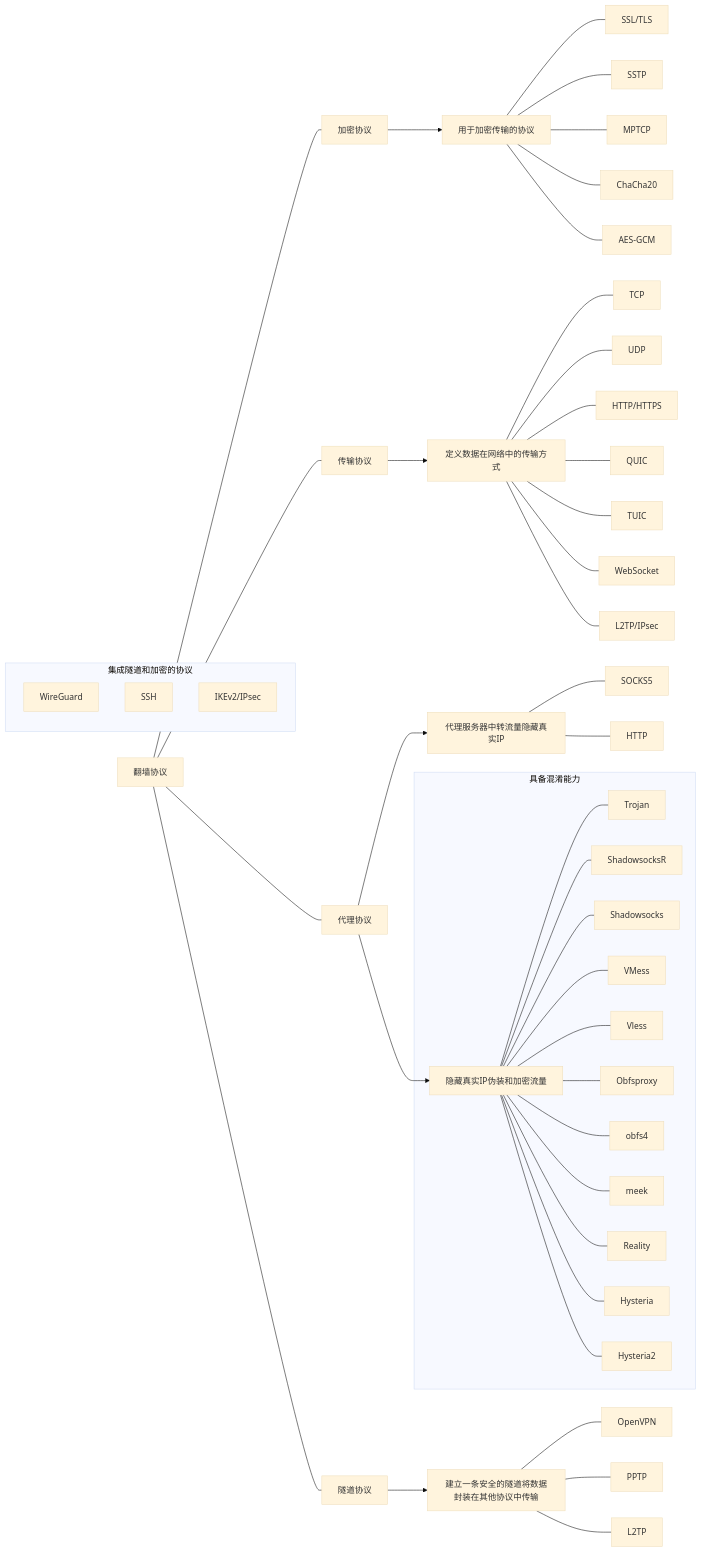
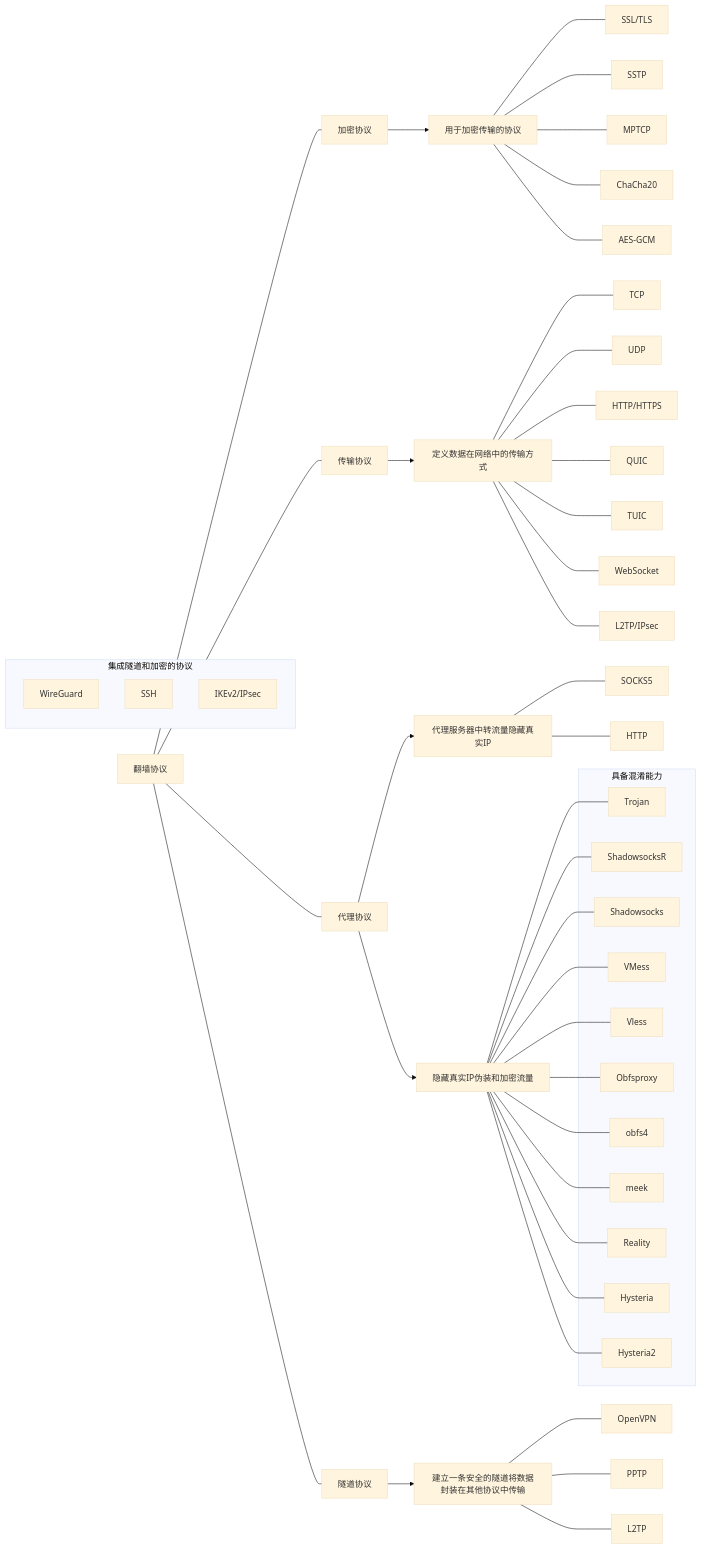
One commit to baib-web/flowershow changed the first of 3 diagrams in content/🛜科学上网/翻墙协议讲解.md. Above: the diagram before and after it, drawn with Mermaid (base theme).

Commit message:
Update content content/🛜科学上网/翻墙协议讲解.md

````diff
--- a/content/🛜科学上网/翻墙协议讲解.md
+++ b/content/🛜科学上网/翻墙协议讲解.md
@@ -11,168 +11,93 @@
 ```mermaid
 flowchart LR
 
-  
-
 翻墙协议 --- 加密协议
-
-  
 
 加密协议 --> 用于加密传输的协议
 
-  
-
 用于加密传输的协议 --- SSL/TLS
-
-  
 
 用于加密传输的协议 --- SSTP
 
-  
-
 用于加密传输的协议 --- MPTCP
-
-  
 
 用于加密传输的协议 --- ChaCha20
 
-  
-
 用于加密传输的协议 --- AES-GCM
-
-  
-
-  
 
 翻墙协议 --- 传输协议
 
-  
-
 传输协议 --> 定义数据在网络中的传输方式
-
-  
 
 定义数据在网络中的传输方式 --- TCP
 
-  
-
 定义数据在网络中的传输方式 --- UDP
-
-  
 
 定义数据在网络中的传输方式 --- HTTP/HTTPS
 
-  
-
 定义数据在网络中的传输方式 --- QUIC
-
-  
 
 定义数据在网络中的传输方式 --- TUIC
 
-  
-
 定义数据在网络中的传输方式 --- WebSocket
-
-  
 
 定义数据在网络中的传输方式 --- L2TP/IPsec
 
-  
-
-  
-
 翻墙协议 --- 代理协议
-
-  
 
 代理协议 --> 代理服务器中转流量隐藏真实IP
 
-  
-
 代理服务器中转流量隐藏真实IP --- SOCKS5
-
-  
 
 代理服务器中转流量隐藏真实IP --- HTTP
 
-  
-
 代理协议 --> 隐藏真实IP伪装和加密流量
 
-  
-
 subgraph 具备混淆能力
-
-  
+Trojan
+ShadowsocksR
+Shadowsocks
+VMess
+Vless
+Obfsproxy
+obfs4
+meek
+Reality
+Hysteria
+Hysteria2
+end
 
 隐藏真实IP伪装和加密流量 --- Trojan
 
-  
-
 隐藏真实IP伪装和加密流量 --- ShadowsocksR
-
-  
 
 隐藏真实IP伪装和加密流量 --- Shadowsocks
 
-  
-
 隐藏真实IP伪装和加密流量 --- VMess
-
-  
 
 隐藏真实IP伪装和加密流量 --- Vless
 
-  
-
 隐藏真实IP伪装和加密流量 --- Obfsproxy
-
-  
 
 隐藏真实IP伪装和加密流量 --- obfs4
 
-  
-
 隐藏真实IP伪装和加密流量 --- meek
-
-  
 
 隐藏真实IP伪装和加密流量 --- Reality
 
-  
-
 隐藏真实IP伪装和加密流量 --- Hysteria
-
-  
 
 隐藏真实IP伪装和加密流量 --- Hysteria2
 
-end
-
-  
-  
-
 翻墙协议 --- 隧道协议
-
-  
 
 隧道协议 --> 建立一条安全的隧道将数据封装在其他协议中传输
 
-  
-
 建立一条安全的隧道将数据封装在其他协议中传输 --- OpenVPN
-
-  
 
 建立一条安全的隧道将数据封装在其他协议中传输 --- PPTP
 
-  
-
 建立一条安全的隧道将数据封装在其他协议中传输 --- L2TP
-
-  
-  
-  
 
 subgraph 集成隧道和加密的协议
 
````
